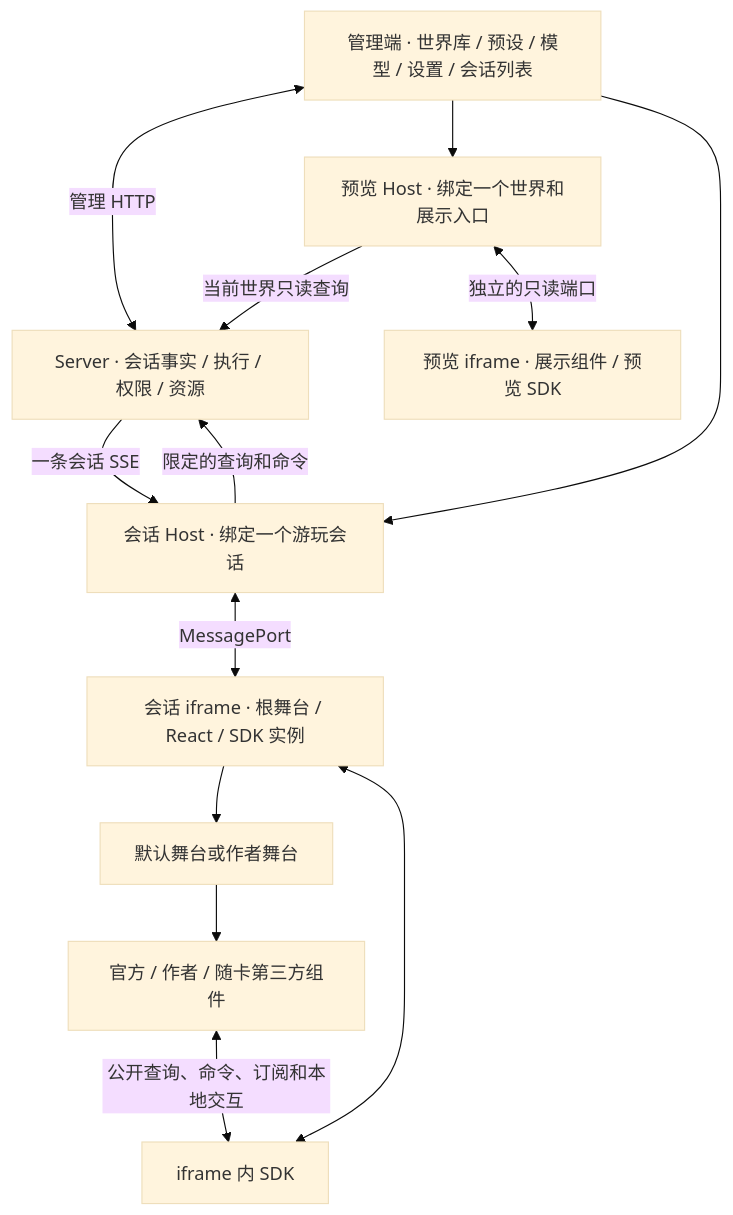
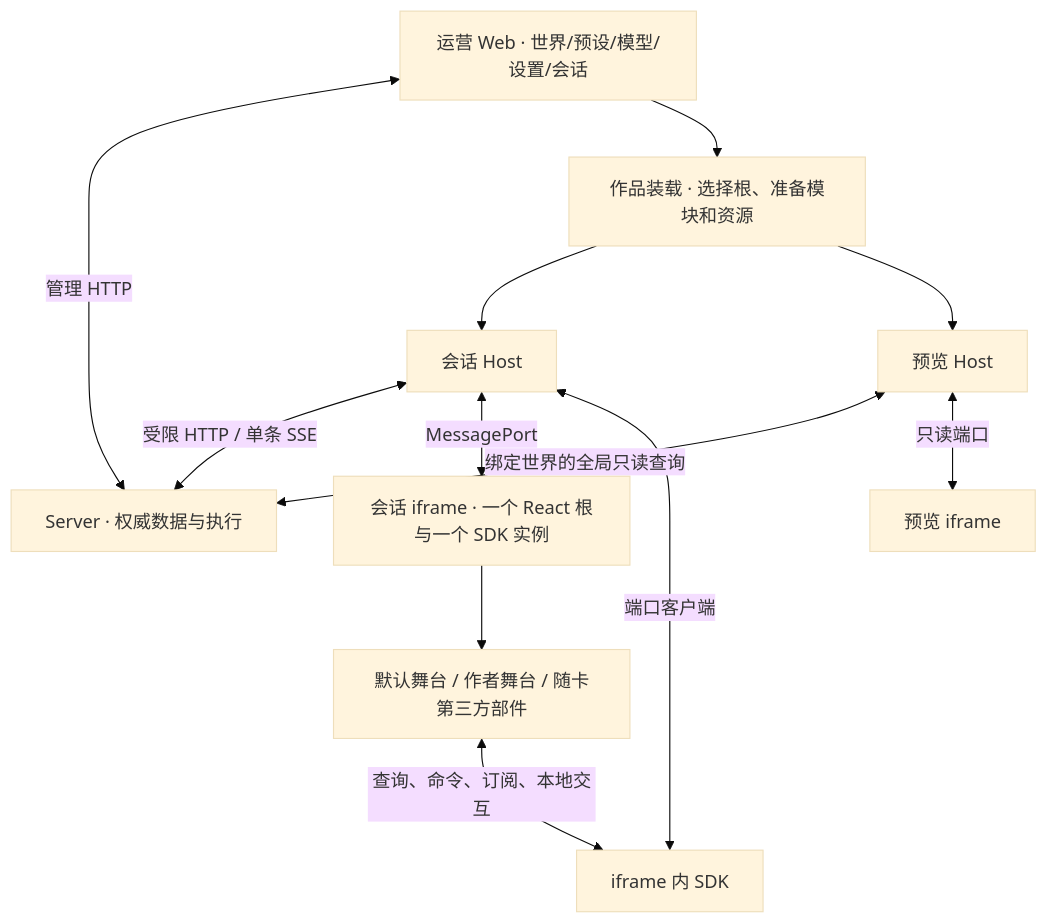
One commit to huiru-wang/SillyRealms changed the first of 2 diagrams in plan/可组合舞台与薄宿主架构方案.md. Above: the diagram before and after it, drawn with Mermaid (base theme). The commit also changed other lines of this file and 2 other files, not shown here.

Commit message:
docs: define launch stage architecture and SDK contract

````diff
--- a/plan/可组合舞台与薄宿主架构方案.md
+++ b/plan/可组合舞台与薄宿主架构方案.md
@@ -32,15 +29,14 @@
 ```mermaid
 flowchart TB
-  M["管理端 · 世界库 / 预设 / 模型 / 设置 / 会话列表"] <-->|管理 HTTP| S["Server · 会话事实 / 执行 / 权限 / 资源"]
-  M --> P["预览 Host · 绑定一个世界和展示入口"]
-  M --> H["会话 Host · 绑定一个游玩会话"]
-  H -->|限定的查询和命令| S
-  S -->|一条会话 SSE| H
-  P -->|当前世界只读查询| S
-  H <-->|MessagePort| F["会话 iframe · 根舞台 / React / SDK 实例"]
-  P <-->|独立的只读端口| V["预览 iframe · 展示组件 / 预览 SDK"]
-  F --> O["默认舞台或作者舞台"]
-  O --> C["官方 / 作者 / 随卡第三方组件"]
-  C <-->|公开查询、命令、订阅和本地交互| D["iframe 内 SDK"]
-  D <--> F
+  O["运营 Web · 世界/预设/模型/设置/会话"] <-->|管理 HTTP| S["Server · 权威数据与执行"]
+  O --> L["作品装载 · 选择根、准备模块和资源"]
+  L --> H["会话 Host"]
+  L --> P["预览 Host"]
+  H <-->|受限 HTTP / 单条 SSE| S
+  P <-->|绑定世界的全局只读查询| S
+  H <-->|MessagePort| F["会话 iframe · 一个 React 根与一个 SDK 实例"]
+  P <-->|只读端口| V["预览 iframe"]
+  F --> C["默认舞台 / 作者舞台 / 随卡第三方部件"]
+  C <-->|查询、命令、订阅、本地交互| D["iframe 内 SDK"]
+  D <-->|端口客户端| H
 ```
````
